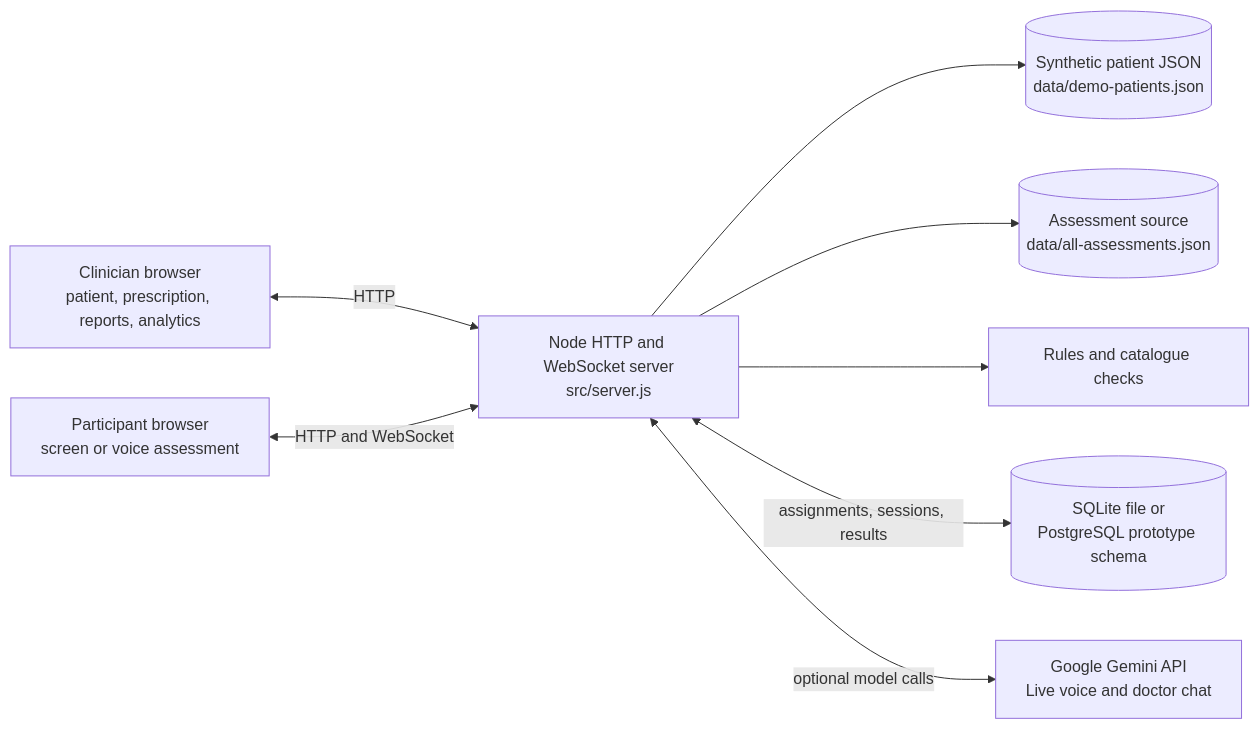
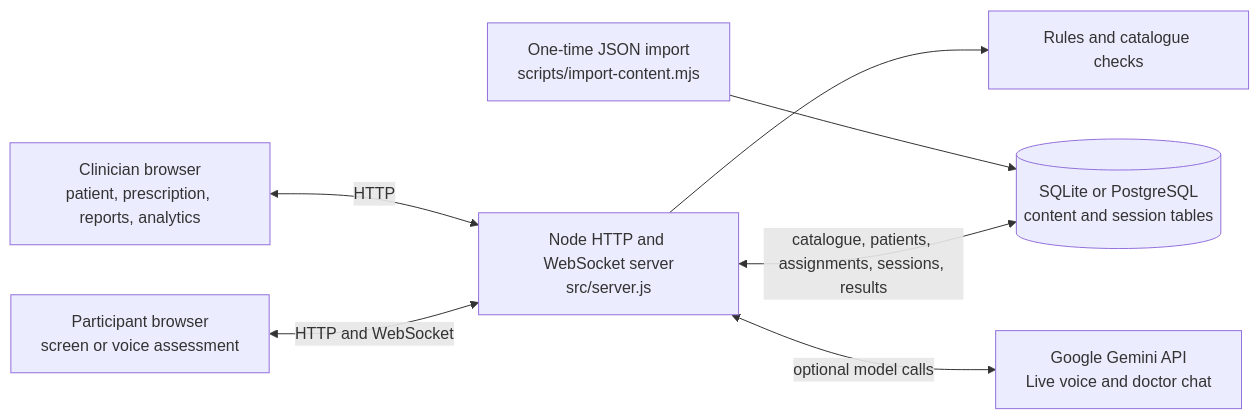
One commit to Keviv21/PHQ-9-assessment changed the first of 5 diagrams in docs/PROTOTYPE_ARCHITECTURE.md. Above: the diagram before and after it, drawn with Mermaid. The commit also changed other lines of this file and 18 other files, not shown here.

````diff
--- a/docs/PROTOTYPE_ARCHITECTURE.md
+++ b/docs/PROTOTYPE_ARCHITECTURE.md
@@ -7,18 +7,16 @@
 ```mermaid
 flowchart LR
     C[Clinician browser<br/>patient, prescription, reports, analytics]
     P[Participant browser<br/>screen or voice assessment]
     N[Node HTTP and WebSocket server<br/>src/server.js]
-    J[(Synthetic patient JSON<br/>data/demo-patients.json)]
-    F[(Assessment source<br/>data/all-assessments.json)]
+    I[One-time JSON import<br/>scripts/import-content.mjs]
     R[Rules and catalogue checks]
-    D[(SQLite file or<br/>PostgreSQL prototype schema)]
+    D[(SQLite or PostgreSQL<br/>content and session tables)]
     G[Google Gemini API<br/>Live voice and doctor chat]
     C <-->|HTTP| N
     P <-->|HTTP and WebSocket| N
-    N --> J
-    N --> F
+    I --> D
     N --> R
-    N <-->|assignments, sessions, results| D
+    N <-->|catalogue, patients, assignments, sessions, results| D
     N <-->|optional model calls| G
 ```
````
